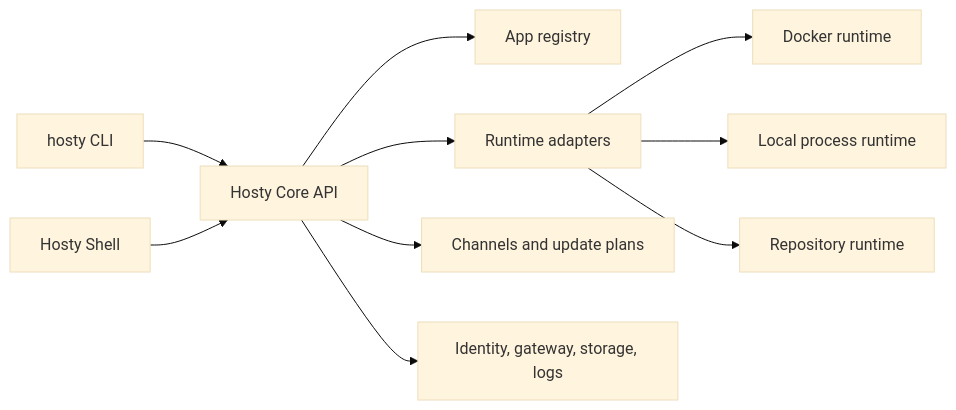
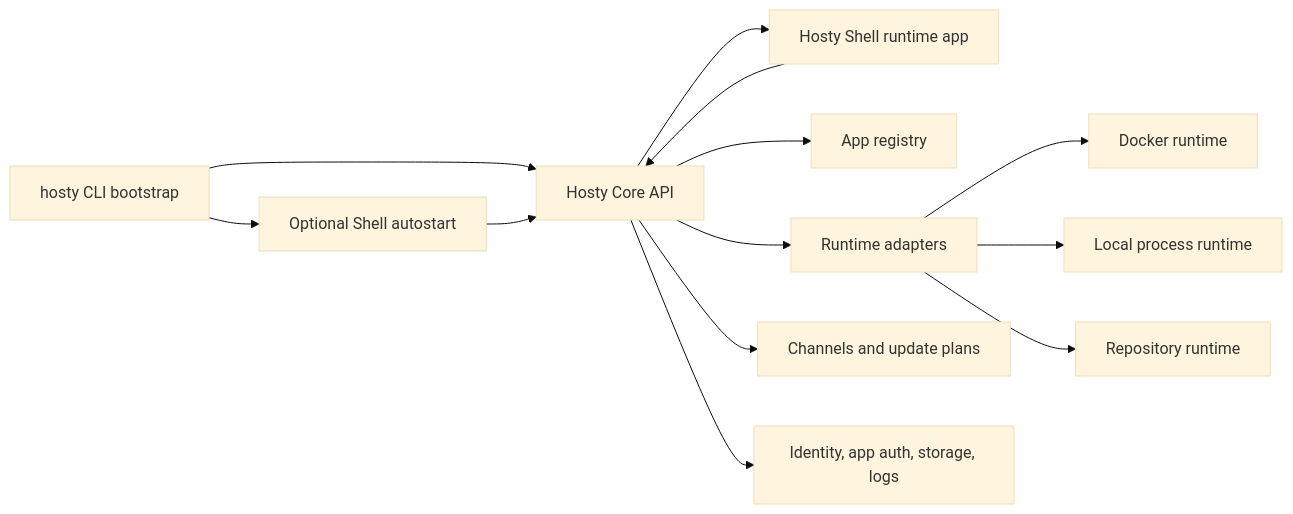
The first of 3 diagrams in docs/planning/hosty-runtime-app-platform.md (alex-de-haas/docker-host), drawn with Mermaid (base theme) before and after one commit. The commit also changed other lines of this file and 10 other files, not shown here.

Commit message:
Support source state and process runtimes in app store

````diff
--- a/docs/planning/hosty-runtime-app-platform.md
+++ b/docs/planning/hosty-runtime-app-platform.md
@@ -19,12 +19,15 @@
 ```mermaid
 flowchart LR
-  A["hosty CLI"] --> B["Hosty Core API"]
-  C["Hosty Shell"] --> B
-  B --> D["App registry"]
-  B --> E["Runtime adapters"]
-  E --> F["Docker runtime"]
-  E --> G["Local process runtime"]
-  E --> H["Repository runtime"]
-  B --> I["Channels and update plans"]
-  B --> J["Identity, gateway, storage, logs"]
+  A["hosty CLI bootstrap"] --> B["Hosty Core API"]
+  A --> C["Optional Shell autostart"]
+  C --> B
+  B --> D["Hosty Shell runtime app"]
+  D --> B
+  B --> E["App registry"]
+  B --> F["Runtime adapters"]
+  F --> G["Docker runtime"]
+  F --> H["Local process runtime"]
+  F --> I["Repository runtime"]
+  B --> J["Channels and update plans"]
+  B --> K["Identity, app auth, storage, logs"]
 ```
````
